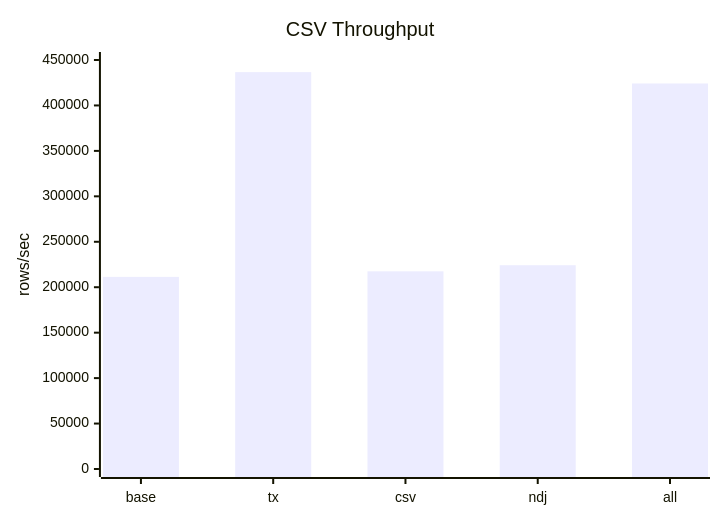
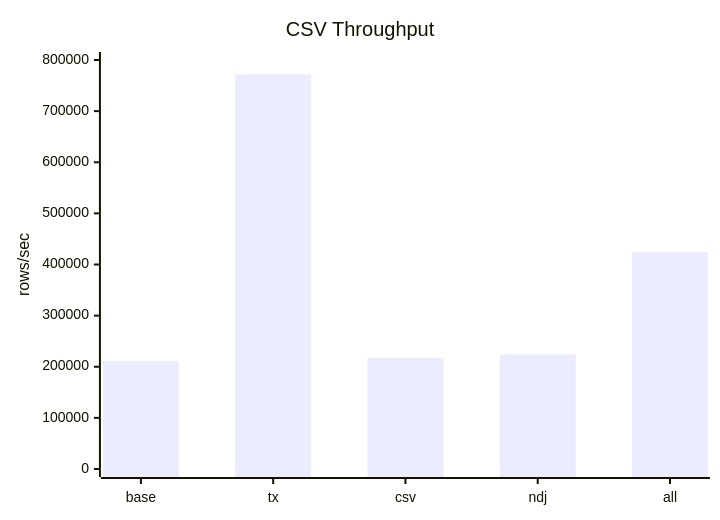
Before and after one commit to Raynhardt-Van-Zyl/noda-interview: the fifth of 6 diagrams in METRICS.md, drawn with Mermaid. The commit also changed other lines of this file, not shown here.

````diff
--- a/METRICS.md
+++ b/METRICS.md
@@ -104,7 +104,7 @@
 ```mermaid
 xychart-beta
     title "CSV Throughput"
     x-axis ["base", "tx", "csv", "ndj", "all"]
-    y-axis "rows/sec" 0 --> 450000
-    bar [211363, 436661, 217488, 224214, 424163]
+    y-axis "rows/sec" 0 --> 800000
+    bar [211363, 771913, 217488, 224214, 424163]
 ```
````
